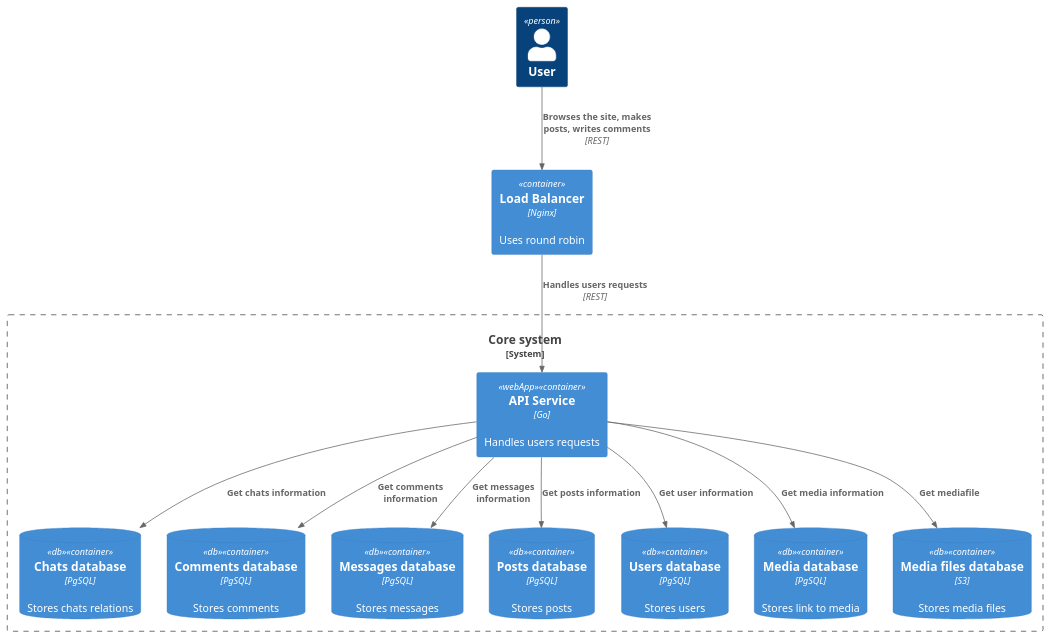
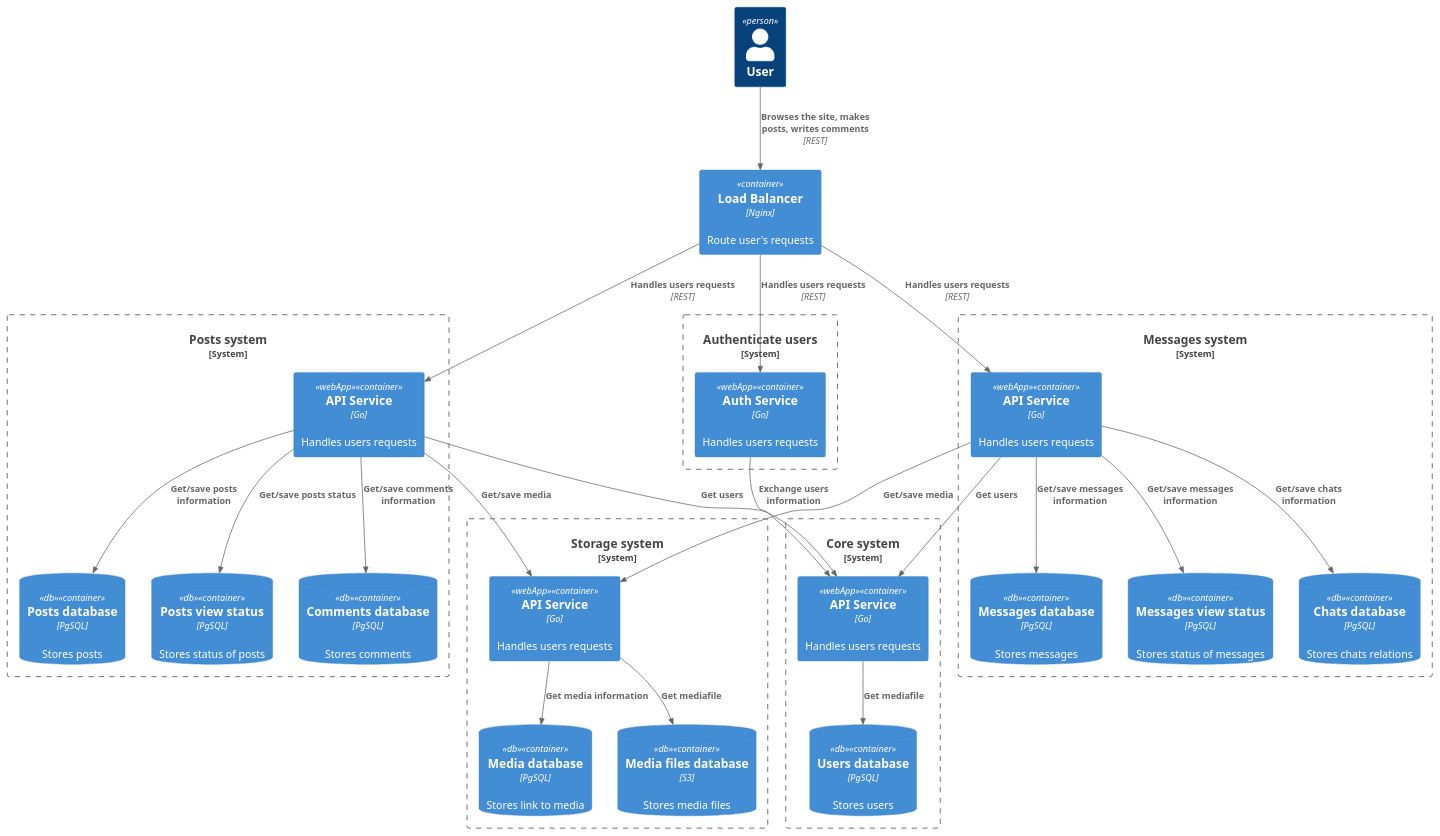
The diagram in architecture/level2.puml (i-evgenii/social_network_system_design), drawn with PlantUML before and after one commit. The commit also changed 4 other files, not shown here.

```diff
--- a/architecture/level2.puml
+++ b/architecture/level2.puml
@@ -1,27 +1,54 @@
 @startuml
 !include https://raw.githubusercontent.com/plantuml-stdlib/C4-PlantUML/master/C4_Container.puml
 
 Person(user, "User")
-Container(loadBalancer, "Load Balancer", "Nginx", "Uses round robin")
+Container(loadBalancer, "Load Balancer", "Nginx", "Route user's requests")
 
-System_Boundary(coreSystem, "Core system") {
-    Container(urlService, "API Service", "Go", "Handles users requests", $tags="webApp")
+System_Boundary(authSystem, "Authenticate users") {
+    Container(authService, "Auth Service", "Go", "Handles users requests", $tags="webApp")
+}
+
+System_Boundary(postsSystem, "Posts system") {
+    Container(postsService, "API Service", "Go", "Handles users requests", $tags="webApp")
+    ContainerDb(dbComments, "Comments database", "PgSQL", "Stores comments",  $tags="db")
+    ContainerDb(dbPosts, "Posts database", "PgSQL", "Stores posts",  $tags="db")
+    ContainerDb(dbPosts_view, "Posts view status", "PgSQL", "Stores status of posts",  $tags="db")
+}
+
+System_Boundary(msgsSystem, "Messages system") {
+    Container(messagesService, "API Service", "Go", "Handles users requests", $tags="webApp")
     ContainerDb(dbChats, "Chats database", "PgSQL", "Stores chats relations",  $tags="db")
-    ContainerDb(dbComments, "Comments database", "PgSQL", "Stores comments",  $tags="db")
     ContainerDb(dbMessages, "Messages database", "PgSQL", "Stores messages",  $tags="db")
-    ContainerDb(dbPosts, "Posts database", "PgSQL", "Stores posts",  $tags="db")
-    ContainerDb(dbUsers, "Users database", "PgSQL", "Stores users",  $tags="db")
+    ContainerDb(dbMessages_view, "Messages view status", "PgSQL", "Stores status of messages",  $tags="db")
+}
+
+System_Boundary(storageSystem, "Storage system") {
+    Container(storageService, "API Service", "Go", "Handles users requests", $tags="webApp")
     ContainerDb(dbMedia, "Media database", "PgSQL", "Stores link to media",  $tags="db")
     ContainerDb(dbMediaFiles, "Media files database", "S3", "Stores media files",  $tags="db")
 }
 
+System_Boundary(coreSystem, "Core system") {
+    Container(coreService, "API Service", "Go", "Handles users requests", $tags="webApp")
+    ContainerDb(dbUsers, "Users database", "PgSQL", "Stores users",  $tags="db")
+}
+
 Rel(user, loadBalancer, "Browses the site, makes posts, writes comments", "REST")
-Rel(loadBalancer, urlService, "Handles users requests", "REST")
-Rel(urlService, dbUsers, "Get user information")
-Rel(urlService, dbChats, "Get chats information")
-Rel(urlService, dbComments, "Get comments information")
-Rel(urlService, dbMessages, "Get messages information")
-Rel(urlService, dbPosts, "Get posts information")
-Rel(urlService, dbMedia, "Get media information")
-Rel(urlService, dbMediaFiles, "Get mediafile")
+Rel(loadBalancer, authService, "Handles users requests", "REST")
+Rel(loadBalancer, messagesService, "Handles users requests", "REST")
+Rel(loadBalancer, postsService, "Handles users requests", "REST")
+Rel(authService, coreService, "Exchange users information")
+Rel(postsService, dbComments, "Get/save comments information")
+Rel(postsService, dbPosts, "Get/save posts information")
+Rel(postsService, dbPosts_view, "Get/save posts status")
+Rel(postsService, storageService, "Get/save media")
+Rel(postsService, coreService, "Get users")
+Rel(messagesService, dbChats, "Get/save chats information")
+Rel(messagesService, dbMessages, "Get/save messages information")
+Rel(messagesService, dbMessages_view, "Get/save messages information")
+Rel(messagesService, storageService, "Get/save media")
+Rel(messagesService, coreService, "Get users")
+Rel(storageService, dbMedia, "Get media information")
+Rel(storageService, dbMediaFiles, "Get mediafile")
+Rel(coreService, dbUsers, "Get mediafile")
 @enduml
```
